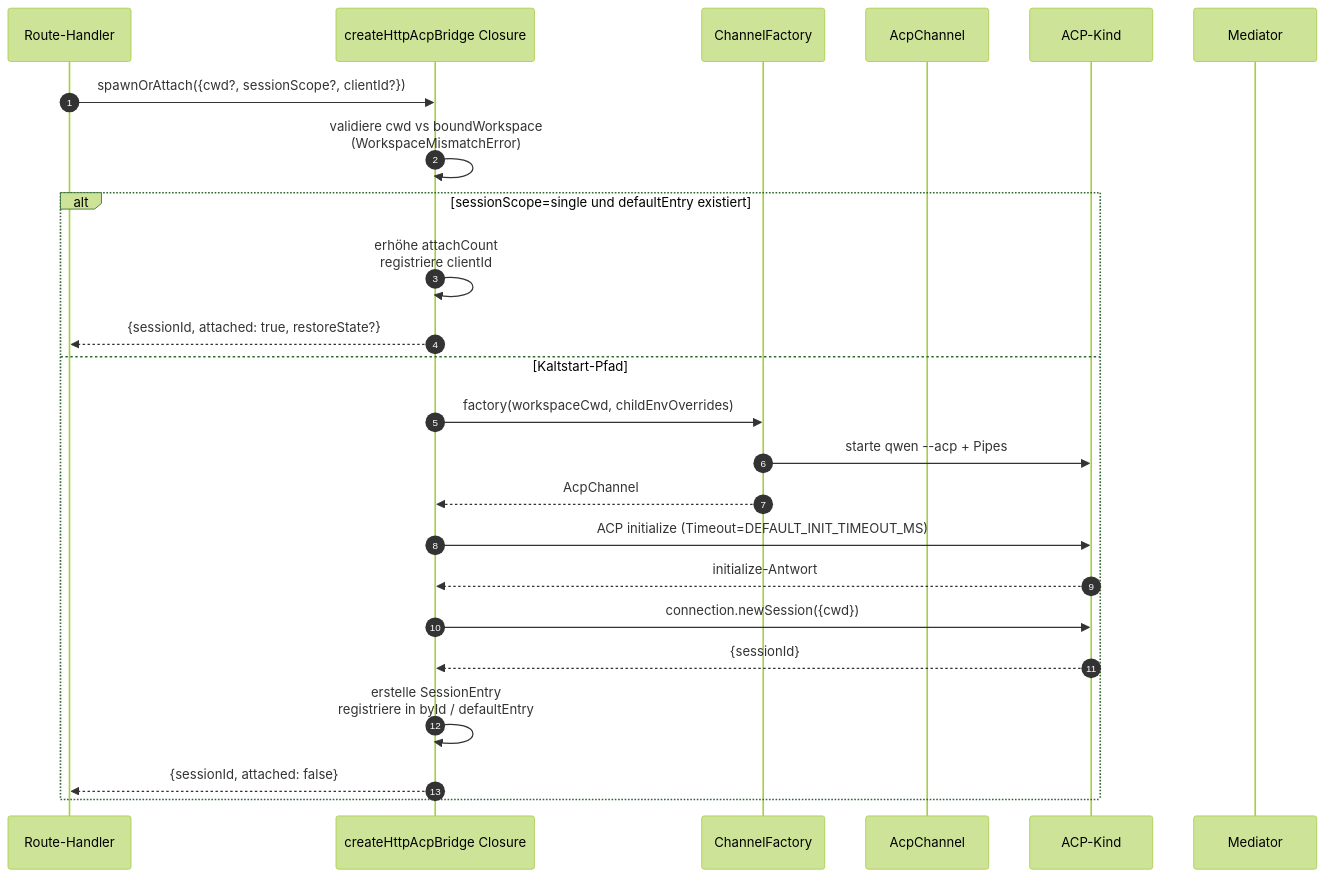
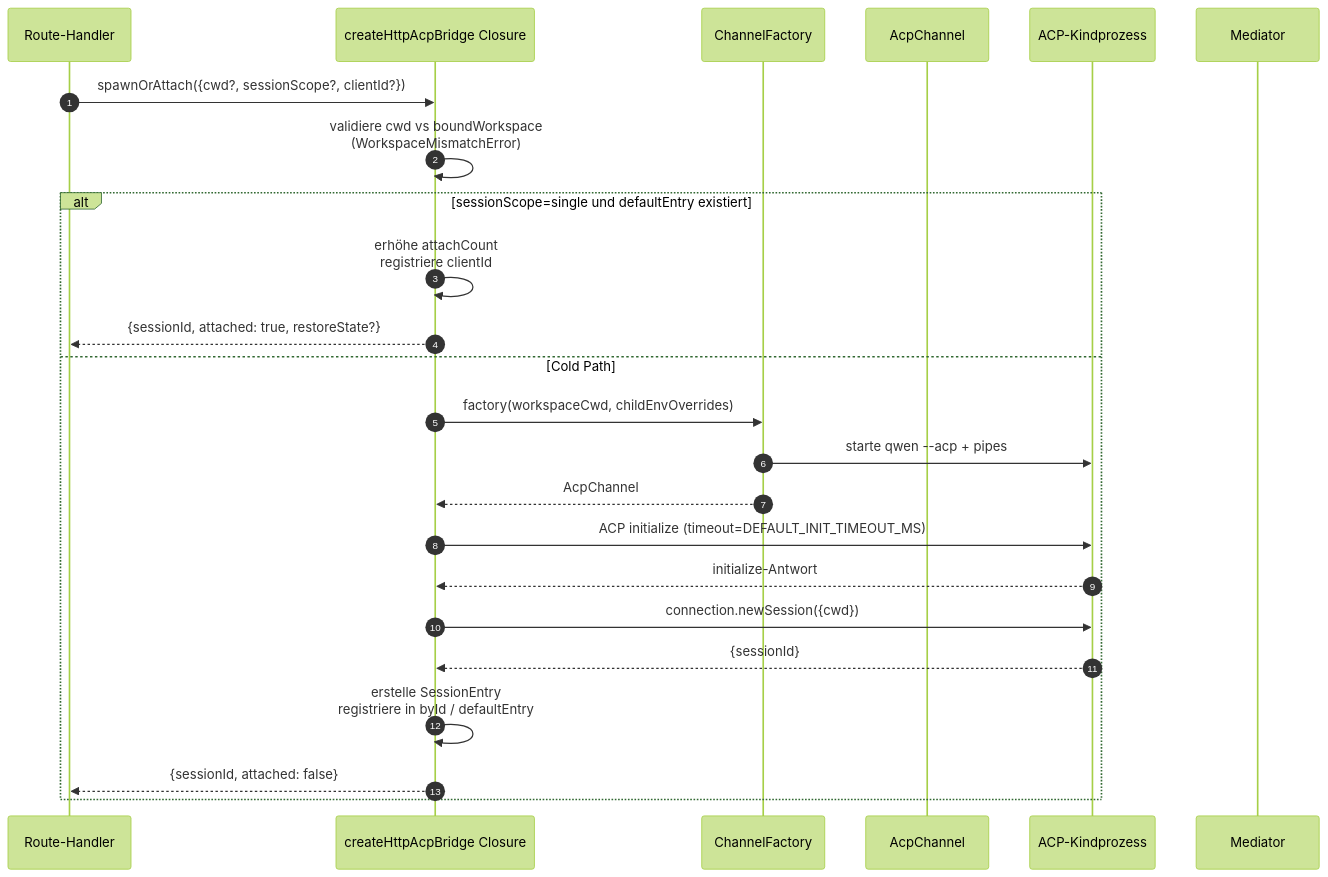
The first of 4 diagrams in website/content/de/developers/daemon/03-acp-bridge.md (QwenLM/qwen-code-docs), drawn with Mermaid (forest theme) before and after one commit. The commit also changed other lines of this file and 162 other files, not shown here.

````diff
--- a/website/content/de/developers/daemon/03-acp-bridge.md
+++ b/website/content/de/developers/daemon/03-acp-bridge.md
@@ -60,27 +60,27 @@
 ```mermaid
 sequenceDiagram
     autonumber
     participant R as Route-Handler
     participant B as createHttpAcpBridge Closure
     participant CF as ChannelFactory
     participant CH as AcpChannel
-    participant ACP as ACP-Kind
+    participant ACP as ACP-Kindprozess
     participant M as Mediator
 
     R->>B: spawnOrAttach({cwd?, sessionScope?, clientId?})
     B->>B: validiere cwd vs boundWorkspace<br/>(WorkspaceMismatchError)
     alt sessionScope=single und defaultEntry existiert
         B->>B: erhöhe attachCount<br/>registriere clientId
         B-->>R: {sessionId, attached: true, restoreState?}
-    else Kaltstart-Pfad
+    else Cold Path
         B->>CF: factory(workspaceCwd, childEnvOverrides)
-        CF->>ACP: starte qwen --acp + Pipes
+        CF->>ACP: starte qwen --acp + pipes
         CF-->>B: AcpChannel
-        B->>ACP: ACP initialize (Timeout=DEFAULT_INIT_TIMEOUT_MS)
+        B->>ACP: ACP initialize (timeout=DEFAULT_INIT_TIMEOUT_MS)
         ACP-->>B: initialize-Antwort
         B->>ACP: connection.newSession({cwd})
         ACP-->>B: {sessionId}
         B->>B: erstelle SessionEntry<br/>registriere in byId / defaultEntry
         B-->>R: {sessionId, attached: false}
     end
 ```
````
